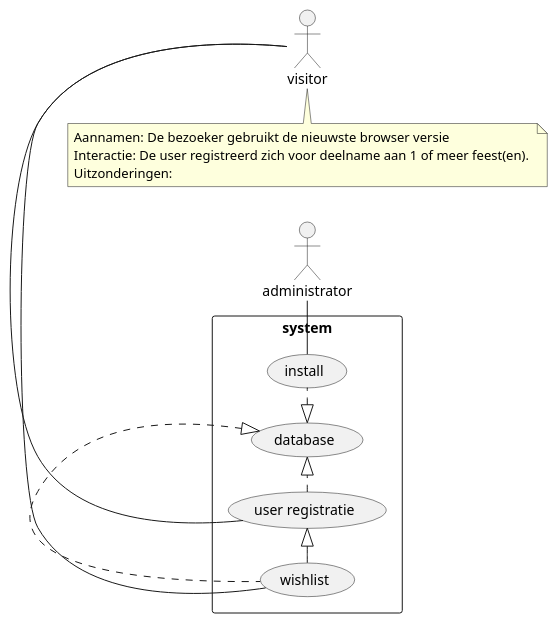
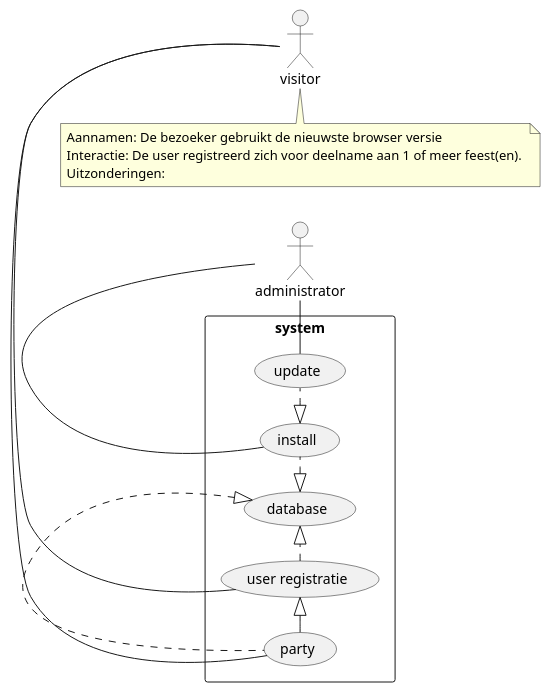
The diagram in uml/use-case-relaties.puml (gwratsch/party), drawn with PlantUML before and after one commit. The commit also changed 37 other files, not shown here.

```diff
--- a/uml/use-case-relaties.puml
+++ b/uml/use-case-relaties.puml
@@ -1,21 +1,23 @@
 @startuml
 left to right direction
 skinparam packageStyle rectangle
     actor administrator
     actor visitor
     
 rectangle system{
     (database) <|. (install)
+    (install) <|. (update)
     administrator - (install)
+    administrator - (update)
     (user registratie) .|>  (database)
     visitor - (user registratie)
-    visitor - (wishlist)
-    (wishlist) -|> (user registratie)
-    (database) <|. (wishlist)
+    visitor - (party)
+    (party) -|> (user registratie)
+    (database) <|. (party)
 }
 note bottom of visitor
     Aannamen: De bezoeker gebruikt de nieuwste browser versie
     Interactie: De user registreerd zich voor deelname aan 1 of meer feest(en). 
     Uitzonderingen:
 end note
 @enduml
```
